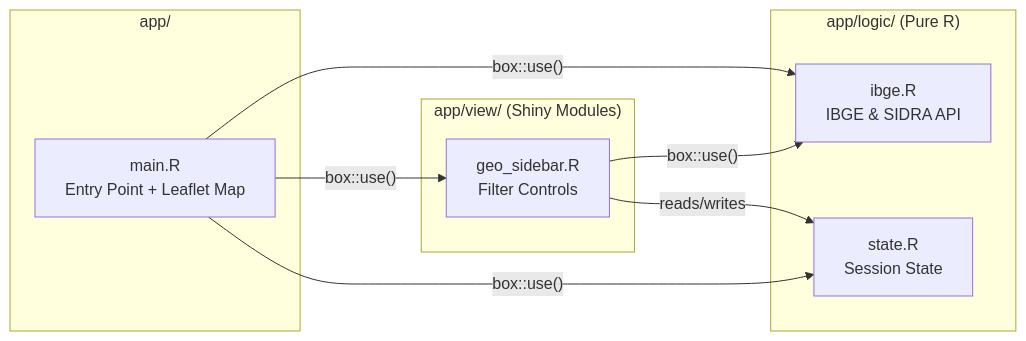
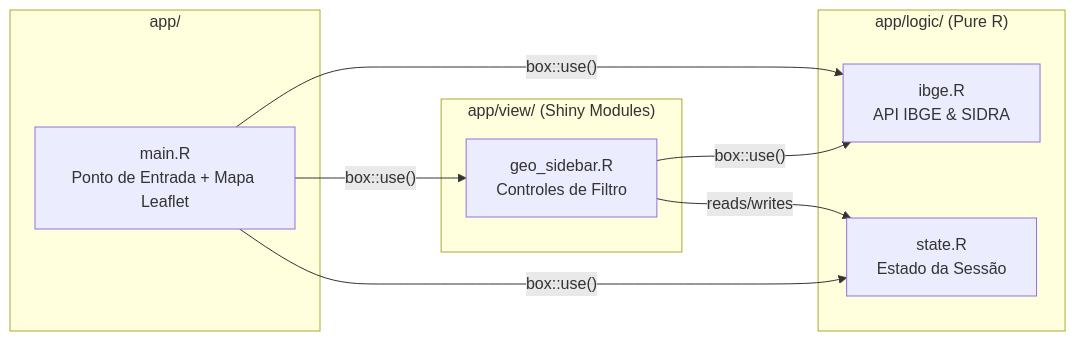
The first of 2 diagrams in docs/architecture.md (santosangel0/zarc-app), drawn with Mermaid before and after one commit. The commit also changed other lines of this file and 23 other files, not shown here.

````diff
--- a/docs/architecture.md
+++ b/docs/architecture.md
@@ -11,21 +11,21 @@
 ```mermaid
 graph LR
     subgraph "app/logic/ (Pure R)"
-        IBGE["ibge.R<br/>IBGE & SIDRA API"]
-        STATE["state.R<br/>Session State"]
+        IBGE["ibge.R<br/>API IBGE & SIDRA"]
+        STATE["state.R<br/>Estado da Sessão"]
     end
 
     subgraph "app/view/ (Shiny Modules)"
-        GEO["geo_sidebar.R<br/>Filter Controls"]
+        GEO["geo_sidebar.R<br/>Controles de Filtro"]
     end
 
     subgraph "app/"
-        MAIN["main.R<br/>Entry Point + Leaflet Map"]
+        MAIN["main.R<br/>Ponto de Entrada + Mapa Leaflet"]
     end
 
     GEO -->|"box::use()"| IBGE
     MAIN -->|"box::use()"| GEO
     MAIN -->|"box::use()"| IBGE
     MAIN -->|"box::use()"| STATE
     GEO -->|reads/writes| STATE
 ```
````
